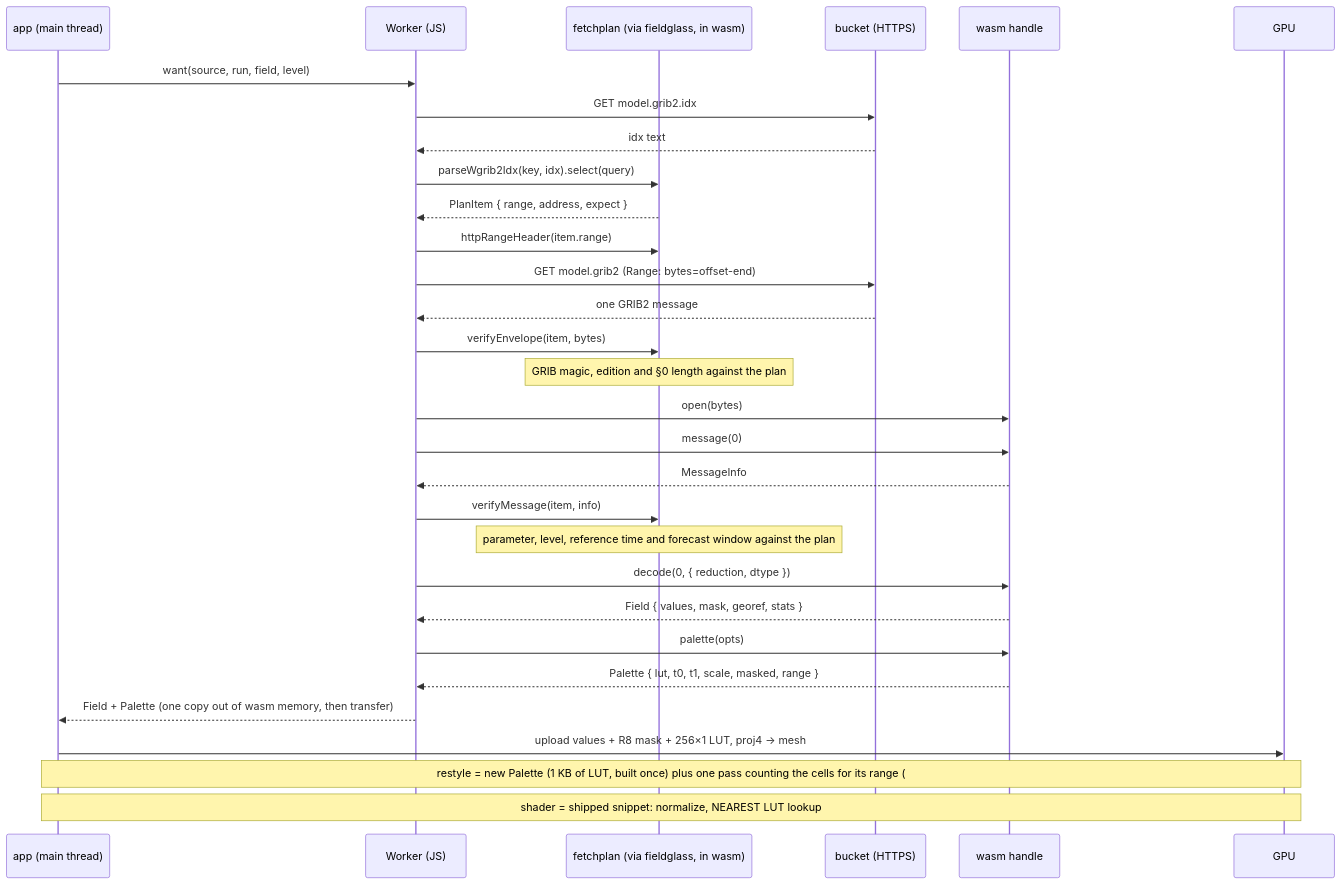
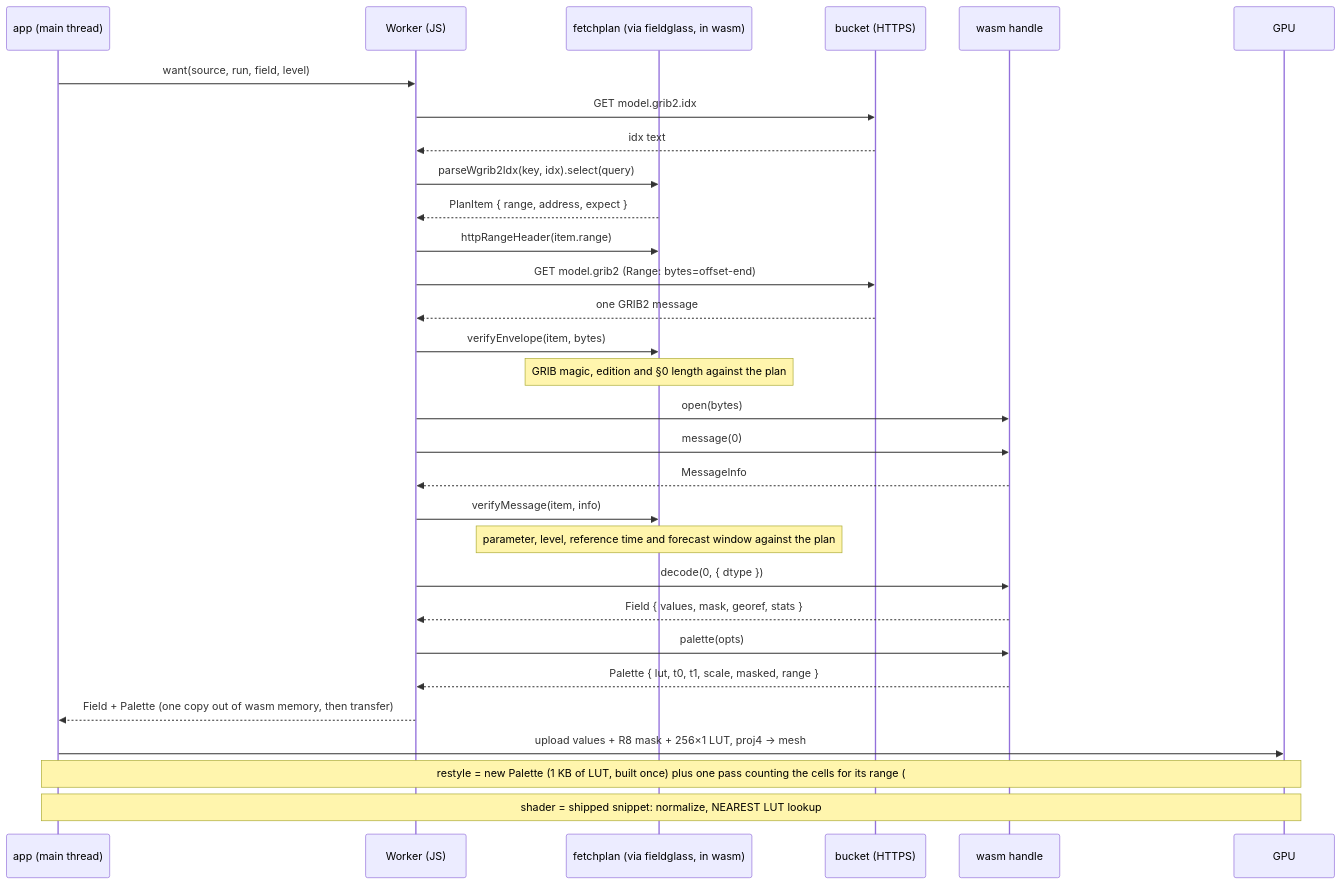
One commit to D0ubleD0uble/fieldglass changed the fourth of 4 diagrams in docs/architecture/planned/04-hosts.md. Above: the diagram before and after it, drawn with Mermaid. The commit also changed other lines of this file and 28 other files, not shown here.

````diff
--- a/docs/architecture/planned/04-hosts.md
+++ b/docs/architecture/planned/04-hosts.md
@@ -147,33 +147,33 @@
 ```mermaid
 sequenceDiagram
     participant A as app (main thread)
     participant W as Worker (JS)
     participant P as fetchplan (via fieldglass, in wasm)
     participant B as bucket (HTTPS)
     participant H as wasm handle
     participant G as GPU
 
     A->>W: want(source, run, field, level)
     W->>B: GET model.grib2.idx
     B-->>W: idx text
     W->>P: parseWgrib2Idx(key, idx).select(query)
     P-->>W: PlanItem { range, address, expect }
     W->>P: httpRangeHeader(item.range)
     W->>B: GET model.grib2 (Range: bytes=offset-end)
     B-->>W: one GRIB2 message
     W->>P: verifyEnvelope(item, bytes)
     Note over P: GRIB magic, edition and §0 length against the plan
     W->>H: open(bytes)
     W->>H: message(0)
     H-->>W: MessageInfo
     W->>P: verifyMessage(item, info)
     Note over P: parameter, level, reference time and forecast window against the plan
-    W->>H: decode(0, { reduction, dtype })
+    W->>H: decode(0, { dtype })
     H-->>W: Field { values, mask, georef, stats }
     W->>H: palette(opts)
     H-->>W: Palette { lut, t0, t1, scale, masked, range }
     W-->>A: Field + Palette (one copy out of wasm memory, then transfer)
     A->>G: upload values + R8 mask + 256×1 LUT, proj4 → mesh
     Note over A,G: restyle = new Palette (1 KB of LUT, built once) plus one pass counting the cells for its range (#1156, #1196), no re-decode
     Note over A,G: shader = shipped snippet: normalize, NEAREST LUT lookup
 ```
````
